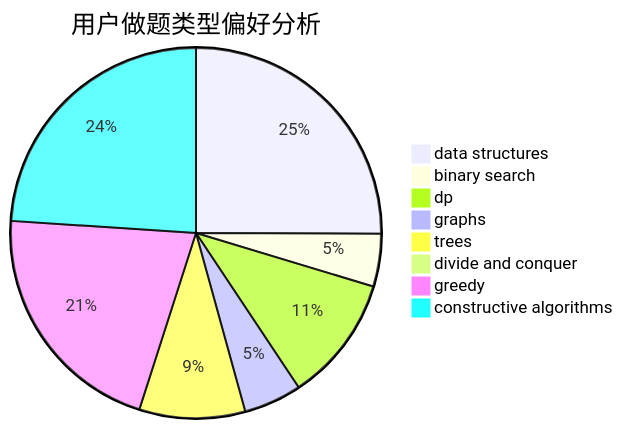
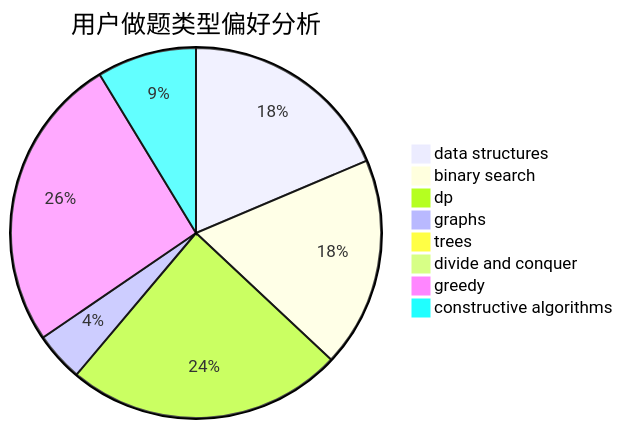
The second of 3 diagrams in docs/user/u1133.md (sherpahu/cfrs.github.io), drawn with Mermaid before and after one commit. The commit also changed other lines of this file and 2770 other files, not shown here.

````diff
--- a/docs/user/u1133.md
+++ b/docs/user/u1133.md
@@ -23,11 +23,11 @@
 ```mermaid
 pie title 用户做题类型偏好分析
-    "data structures" :  114
-    "binary search" :  21
-    "dp" :  50
-    "graphs" :  23
-    "trees" :  42
-    "divide and conquer" :  0
-    "greedy" :  96
-    "constructive algorithms" :  109
+    "data structures" :  420
+    "binary search" :  414
+    "dp" :  545
+    "graphs" :  97
+    "trees" :  17
+    "divide and conquer" :  1
+    "greedy" :  583
+    "constructive algorithms" :  196
 ```
````
